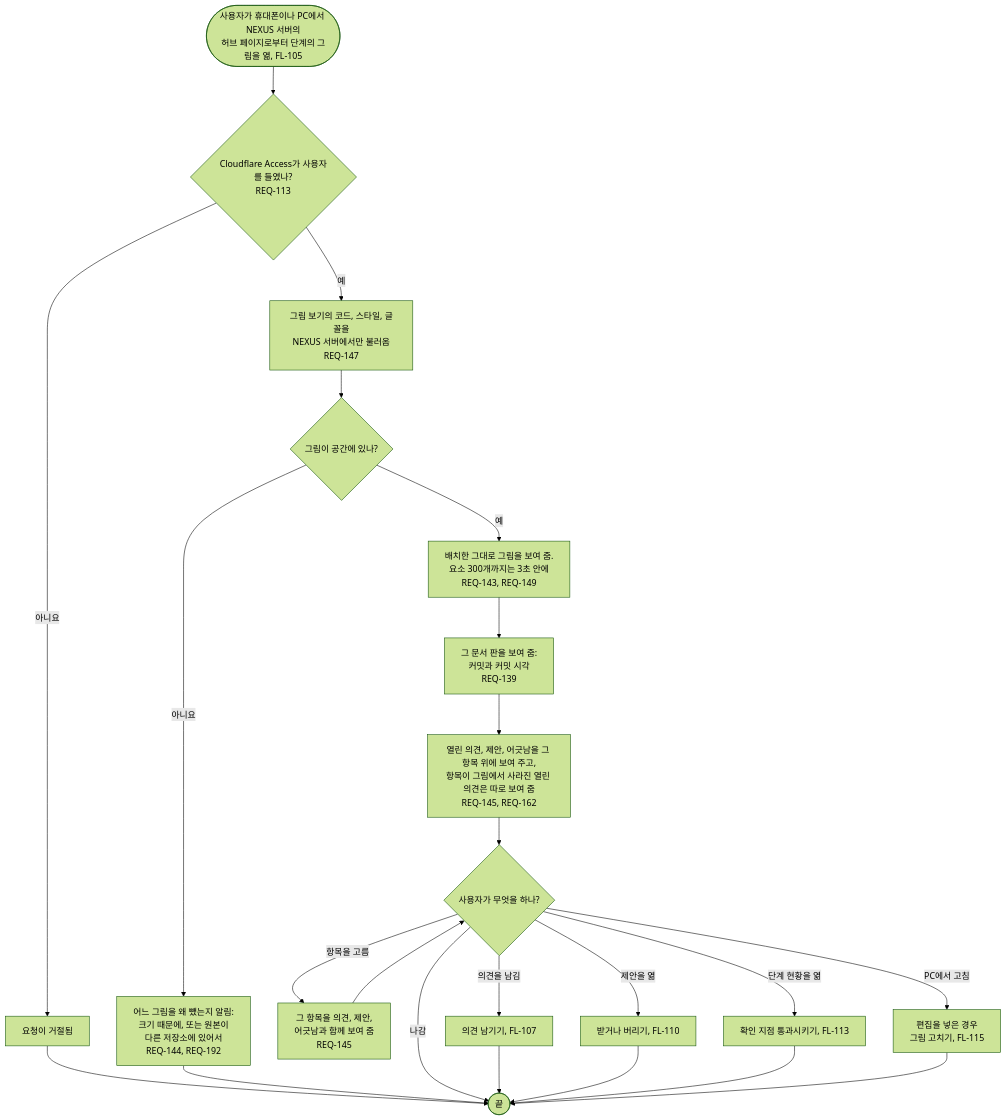
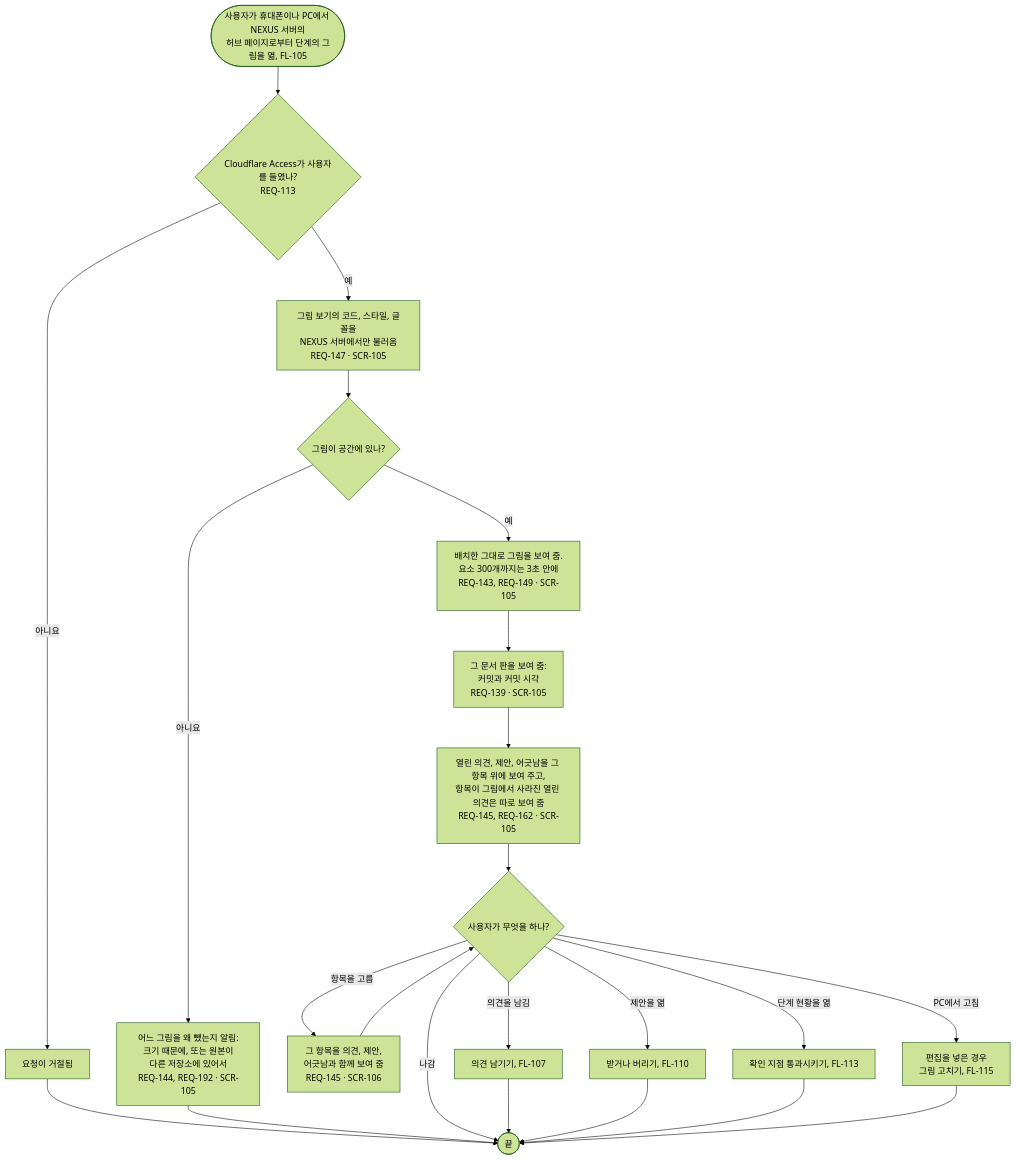
One commit to kodonghui/corthex-nexus changed the diagram in docs/03-user-flow/nexus/FL-106-look-at-a-picture.ko.md. Above: the diagram before and after it, drawn with Mermaid (forest theme). The commit also changed 19 other files, not shown here.

````diff
--- a/docs/03-user-flow/nexus/FL-106-look-at-a-picture.ko.md
+++ b/docs/03-user-flow/nexus/FL-106-look-at-a-picture.ko.md
@@ -9,25 +9,25 @@
 ```mermaid
 flowchart TD
   A(["사용자가 휴대폰이나 PC에서 NEXUS 서버의<br/>허브 페이지로부터 단계의 그림을 엶, FL-105"]) --> B{"Cloudflare Access가 사용자를 들였나?<br/>REQ-113"}
   B -->|아니요| B1["요청이 거절됨"]
   B1 --> Z(["끝"])
-  B -->|예| C["그림 보기의 코드, 스타일, 글꼴을<br/>NEXUS 서버에서만 불러옴<br/>REQ-147"]
+  B -->|예| C["그림 보기의 코드, 스타일, 글꼴을<br/>NEXUS 서버에서만 불러옴<br/>REQ-147 · SCR-105"]
   C --> D{"그림이 공간에 있나?"}
-  D -->|아니요| D1["어느 그림을 왜 뺐는지 알림:<br/>크기 때문에, 또는 원본이<br/>다른 저장소에 있어서<br/>REQ-144, REQ-192"]
+  D -->|아니요| D1["어느 그림을 왜 뺐는지 알림:<br/>크기 때문에, 또는 원본이<br/>다른 저장소에 있어서<br/>REQ-144, REQ-192 · SCR-105"]
   D1 --> Z
-  D -->|예| E["배치한 그대로 그림을 보여 줌.<br/>요소 300개까지는 3초 안에<br/>REQ-143, REQ-149"]
-  E --> F["그 문서 판을 보여 줌:<br/>커밋과 커밋 시각<br/>REQ-139"]
-  F --> G["열린 의견, 제안, 어긋남을 그 항목 위에 보여 주고,<br/>항목이 그림에서 사라진 열린 의견은 따로 보여 줌<br/>REQ-145, REQ-162"]
+  D -->|예| E["배치한 그대로 그림을 보여 줌.<br/>요소 300개까지는 3초 안에<br/>REQ-143, REQ-149 · SCR-105"]
+  E --> F["그 문서 판을 보여 줌:<br/>커밋과 커밋 시각<br/>REQ-139 · SCR-105"]
+  F --> G["열린 의견, 제안, 어긋남을 그 항목 위에 보여 주고,<br/>항목이 그림에서 사라진 열린 의견은 따로 보여 줌<br/>REQ-145, REQ-162 · SCR-105"]
   G --> I{"사용자가 무엇을 하나?"}
-  I -->|항목을 고름| J["그 항목을 의견, 제안,<br/>어긋남과 함께 보여 줌<br/>REQ-145"]
+  I -->|항목을 고름| J["그 항목을 의견, 제안,<br/>어긋남과 함께 보여 줌<br/>REQ-145 · SCR-106"]
   J --> I
   I -->|의견을 남김| K["의견 남기기, FL-107"]
   I -->|제안을 엶| L["받거나 버리기, FL-110"]
   I -->|단계 현황을 엶| M["확인 지점 통과시키기, FL-113"]
   I -->|PC에서 고침| P["편집을 넣은 경우<br/>그림 고치기, FL-115"]
   I -->|나감| Z
   K --> Z
   L --> Z
   M --> Z
   P --> Z
 ```
````
